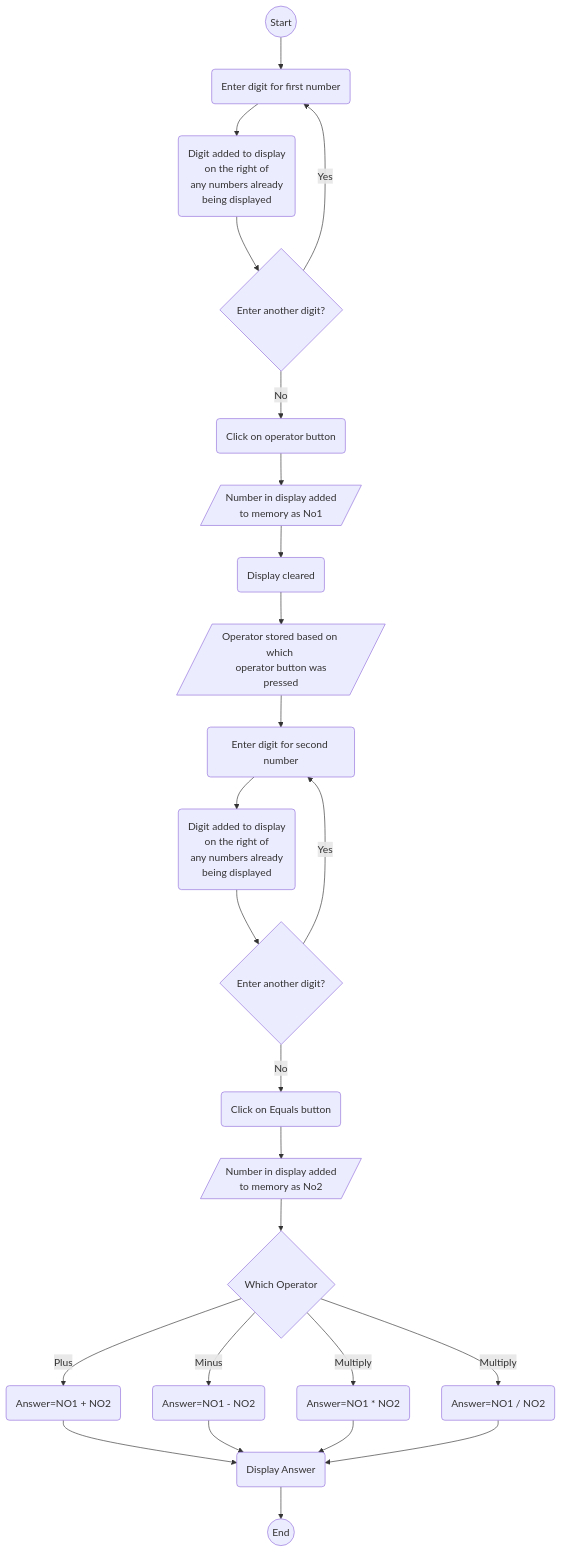
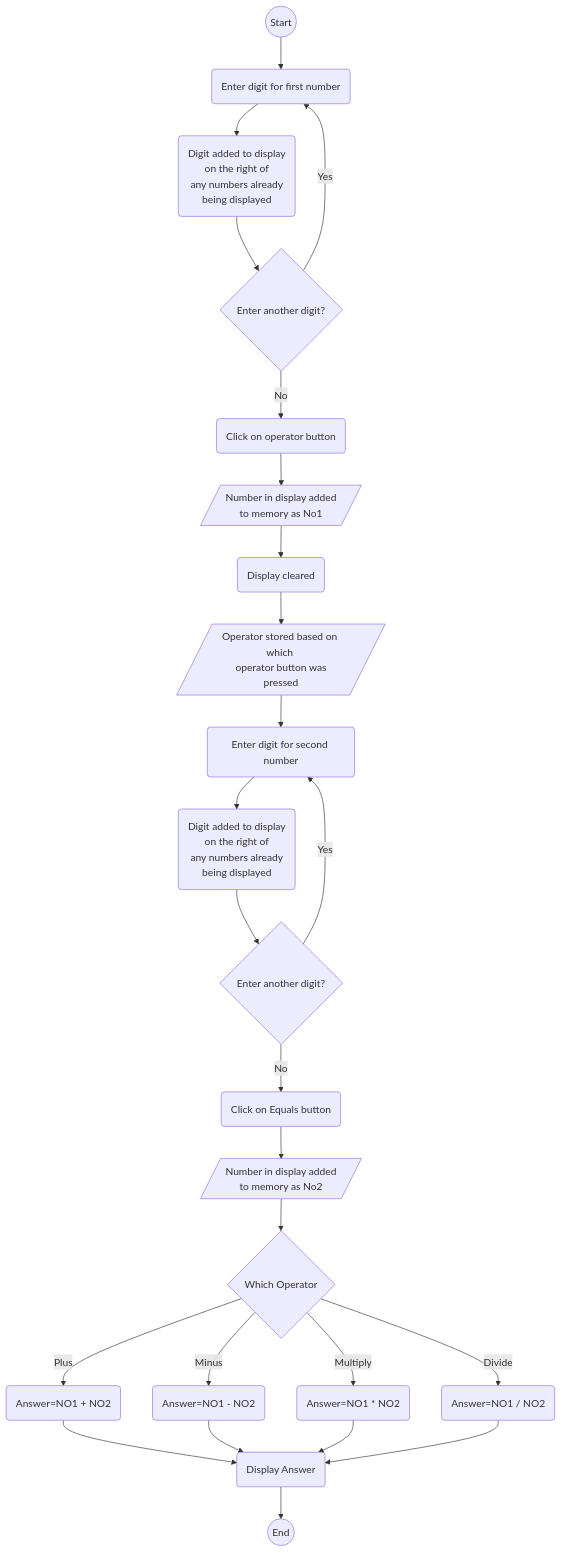
One commit to NeilParkerBSDC/WebAppExamples changed the diagram in README.md. Above: the diagram before and after it, drawn with Mermaid.

````diff
--- a/README.md
+++ b/README.md
@@ -36,29 +36,29 @@
 ```mermaid
 
 flowchart TD
     Start((Start)) --> FN1-1(Enter digit for first number)
     FN1-1 --> FN1-2(Digit added to display \n on the right of \n any numbers already \n being displayed)
     FN1-2 -->FN1-3{Enter another digit?}
     FN1-3 --> | Yes | FN1-1
     FN1-3 --> | No | FO(Click on operator button)
     FO --> FO1[/Number in display added \n to memory as No1/]
     FO1 --> FO2(Display cleared)
     FO2 --> FO3[/Operator stored based on which \n operator button was pressed/]
     FO3 --> FN2-1(Enter digit for second number)
     FN2-1 --> FN2-2(Digit added to display \n on the right of \n any numbers already \n being displayed)
     FN2-2 -->FN2-3{Enter another digit?}
     FN2-3 --> | Yes | FN2-1
     FN2-3 --> | No | Eq(Click on Equals button)
     Eq --> Eq1[/Number in display added \n to memory as No2/]
     Eq1 --> Eq2(Display cleared)
     Eq2{Which Operator}--> | Plus | EQ3-1(Answer=NO1 + NO2)
     Eq2--> | Minus | EQ3-2(Answer=NO1 - NO2)
     Eq2--> | Multiply | EQ3-3(Answer=NO1 * NO2)
-    Eq2--> | Multiply | EQ3-4(Answer=NO1 / NO2)
+    Eq2--> | Divide| EQ3-4(Answer=NO1 / NO2)
     EQ3-1 --> DA(Display Answer)
     EQ3-2 --> DA(Display Answer)
     EQ3-3 --> DA(Display Answer)
     EQ3-4 --> DA(Display Answer)
     DA --> End((End))
 
 ```
````
